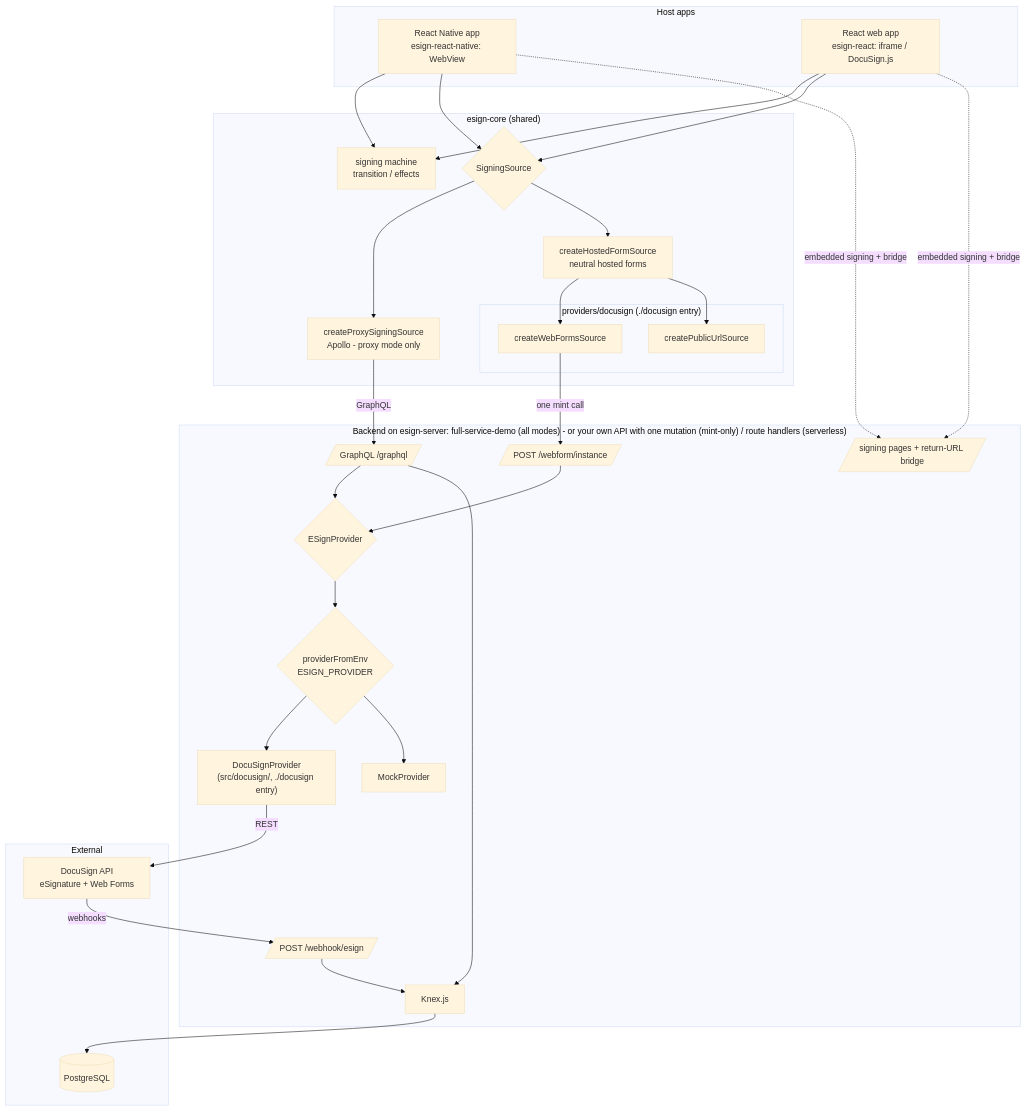
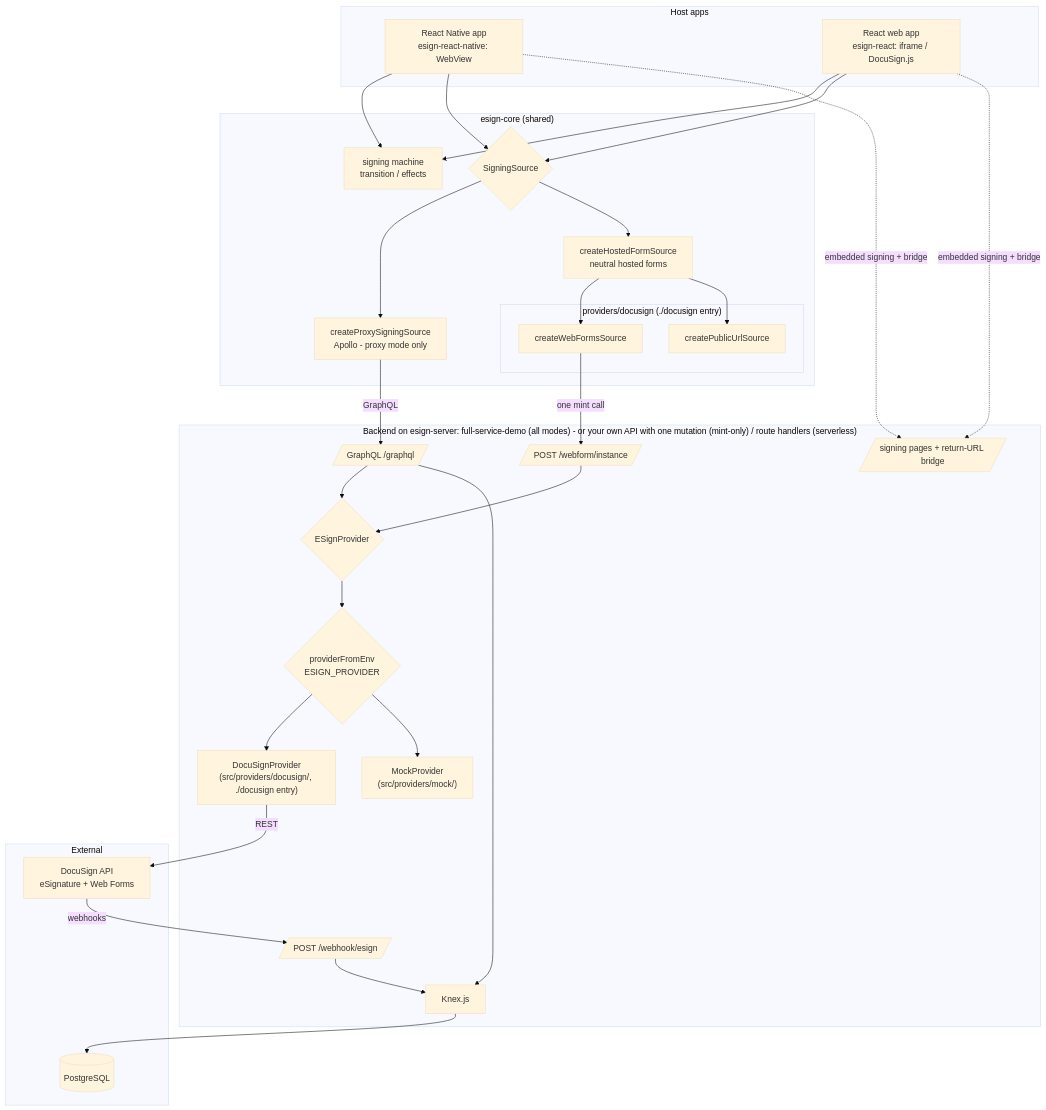
The diagram in docs/diagrams/src/system-architecture.mmd (blinkbitcoin/esign), drawn with Mermaid (base theme) before and after one commit. The commit also changed 63 other files, not shown here.

First line of the commit message:
refactor: every package keeps its DocuSign code under providers/docusign/ (#78)

```diff
--- a/docs/diagrams/src/system-architecture.mmd
+++ b/docs/diagrams/src/system-architecture.mmd
@@ -1,53 +1,53 @@
 flowchart TB
     subgraph Hosts["Host apps"]
         RN[React Native app<br/>esign-react-native: WebView]
         WEB[React web app<br/>esign-react: iframe / DocuSign.js]
     end
 
     subgraph Core["esign-core (shared)"]
         MACHINE[signing machine<br/>transition / effects]
         SRC{SigningSource}
         PROXY[createProxySigningSource<br/>Apollo - proxy mode only]
         HF[createHostedFormSource<br/>neutral hosted forms]
         subgraph CoreDS["providers/docusign (./docusign entry)"]
             WF[createWebFormsSource]
             PUB[createPublicUrlSource]
         end
     end
 
     subgraph Backend["Backend on esign-server: full-service-demo (all modes) - or your own API with one mutation (mint-only) / route handlers (serverless)"]
         GQL[/"GraphQL /graphql"/]
         WFI[/"POST /webform/instance"/]
         WH[/"POST /webhook/esign"/]
         SP[/"signing pages + return-URL bridge"/]
         PROV{ESignProvider}
-        DS["DocuSignProvider<br/>(src/docusign/, ./docusign entry)"]
-        MOCK[MockProvider]
+        DS["DocuSignProvider<br/>(src/providers/docusign/, ./docusign entry)"]
+        MOCK["MockProvider<br/>(src/providers/mock/)"]
         REG{providerFromEnv<br/>ESIGN_PROVIDER}
         KNEX[Knex.js]
     end
 
     subgraph External["External"]
         DOCU[DocuSign API<br/>eSignature + Web Forms]
         DB[(PostgreSQL)]
     end
 
     RN --> MACHINE
     WEB --> MACHINE
     RN --> SRC
     WEB --> SRC
     SRC --> PROXY & HF
     HF --> WF & PUB
     PROXY -->|GraphQL| GQL
     WF -->|one mint call| WFI
     GQL --> PROV
     WFI --> PROV
     PROV --> REG
     REG --> DS & MOCK
     DS -->|REST| DOCU
     DOCU -->|webhooks| WH
     GQL --> KNEX
     WH --> KNEX
     KNEX --> DB
     RN -.->|embedded signing + bridge| SP
     WEB -.->|embedded signing + bridge| SP
```
